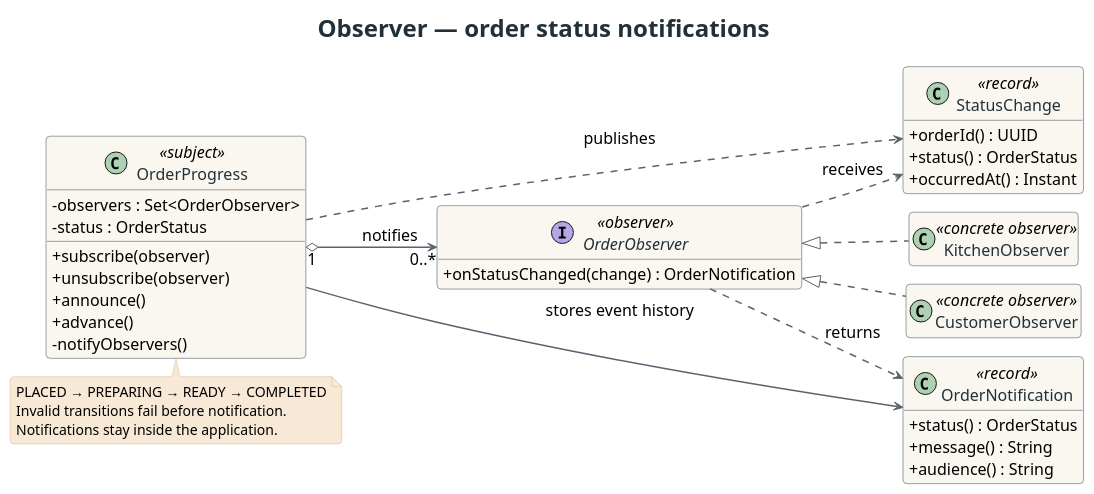
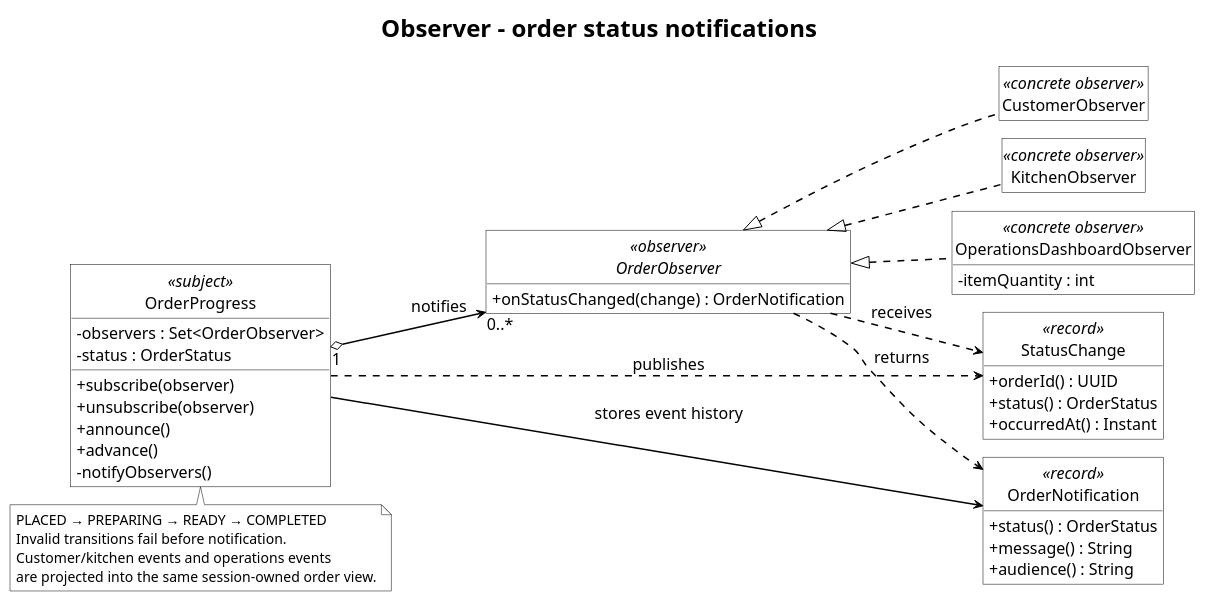
One commit to ANAYSSA/Final-Project-SDP changed the diagram in docs/uml/observer.puml. Above: the diagram before and after it, drawn with PlantUML. The commit also changed 49 other files, not shown here.

```diff
--- a/docs/uml/observer.puml
+++ b/docs/uml/observer.puml
@@ -1,62 +1,70 @@
 @startuml
 !pragma layout smetana
 skinparam backgroundColor #FFFFFF
+skinparam monochrome true
+skinparam defaultFontColor #000000
+hide circle
 skinparam shadowing false
-skinparam roundcorner 8
+skinparam roundcorner 0
 skinparam defaultFontName SansSerif
 skinparam defaultFontSize 16
-skinparam ArrowColor #59636E
+skinparam ArrowColor #000000
 skinparam ArrowThickness 1.5
 skinparam classAttributeIconSize 0
-skinparam classBackgroundColor #FAF7F0
-skinparam classBorderColor #314047
-skinparam classFontColor #223139
-skinparam stereotypeFontColor #9A4F28
-skinparam noteBackgroundColor #F8E9D6
-skinparam noteBorderColor #D8B794
+skinparam classBackgroundColor #FFFFFF
+skinparam classBorderColor #000000
+skinparam classFontColor #000000
+skinparam stereotypeFontColor #000000
+skinparam noteBackgroundColor #FFFFFF
+skinparam noteBorderColor #000000
 skinparam noteFontSize 14
 skinparam titleFontSize 24
-skinparam titleFontColor #223139
+skinparam titleFontColor #000000
 skinparam packageStyle rectangle
 skinparam packageBackgroundColor #FFFFFF
-skinparam packageBorderColor #C8CED1
+skinparam packageBorderColor #000000
 hide empty members
-title Observer — order status notifications
+title Observer - order status notifications
 left to right direction
 class OrderProgress <<subject>> {
   - observers : Set<OrderObserver>
   - status : OrderStatus
   + subscribe(observer)
   + unsubscribe(observer)
   + announce()
   + advance()
   - notifyObservers()
 }
 interface OrderObserver <<observer>> {
   + onStatusChanged(change) : OrderNotification
 }
 class CustomerObserver <<concrete observer>>
 class KitchenObserver <<concrete observer>>
+class OperationsDashboardObserver <<concrete observer>> {
+  - itemQuantity : int
+}
 class StatusChange <<record>> {
   + orderId() : UUID
   + status() : OrderStatus
   + occurredAt() : Instant
 }
 class OrderNotification <<record>> {
   + status() : OrderStatus
   + message() : String
   + audience() : String
 }
 OrderProgress "1" o--> "0..*" OrderObserver : notifies
 OrderObserver <|.. CustomerObserver
 OrderObserver <|.. KitchenObserver
+OrderObserver <|.. OperationsDashboardObserver
 OrderProgress ..> StatusChange : publishes
 OrderObserver ..> StatusChange : receives
 OrderObserver ..> OrderNotification : returns
 OrderProgress --> OrderNotification : stores event history
 note bottom of OrderProgress
 PLACED → PREPARING → READY → COMPLETED
 Invalid transitions fail before notification.
-Notifications stay inside the application.
+Customer/kitchen events and operations events
+are projected into the same session-owned order view.
 end note
 @enduml
```
